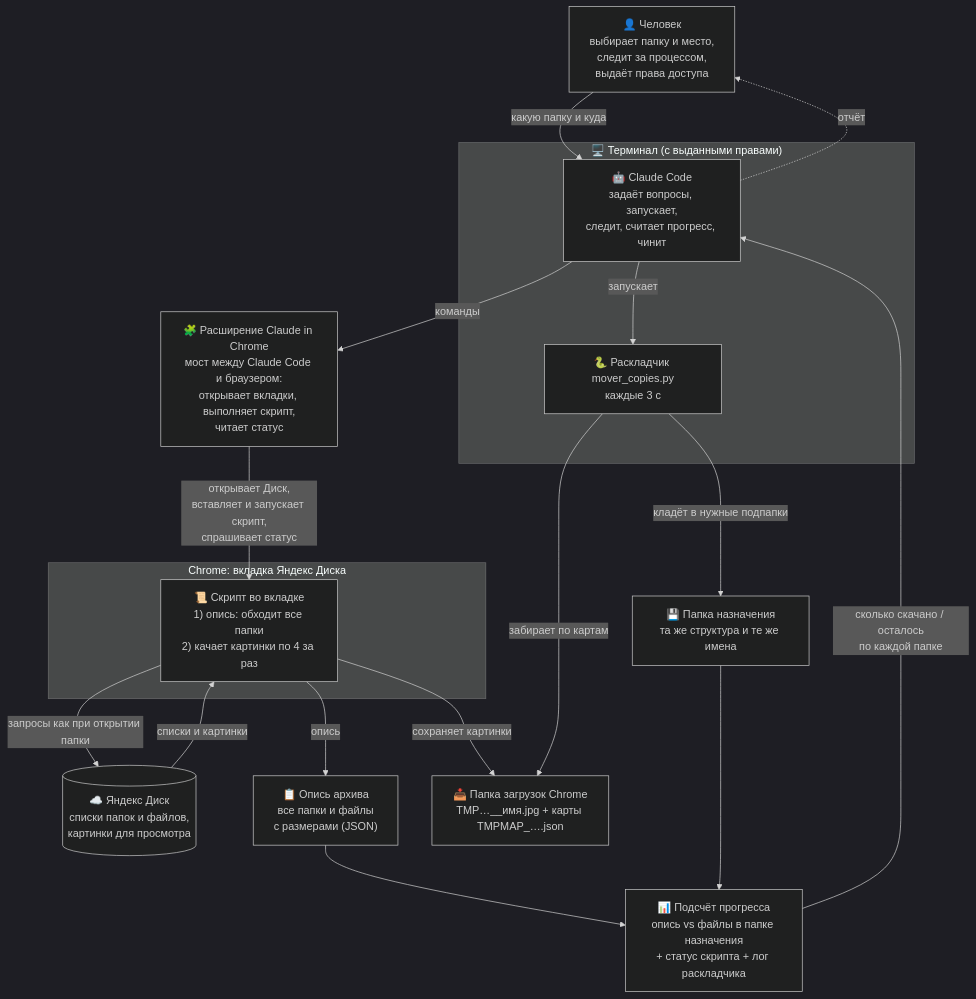
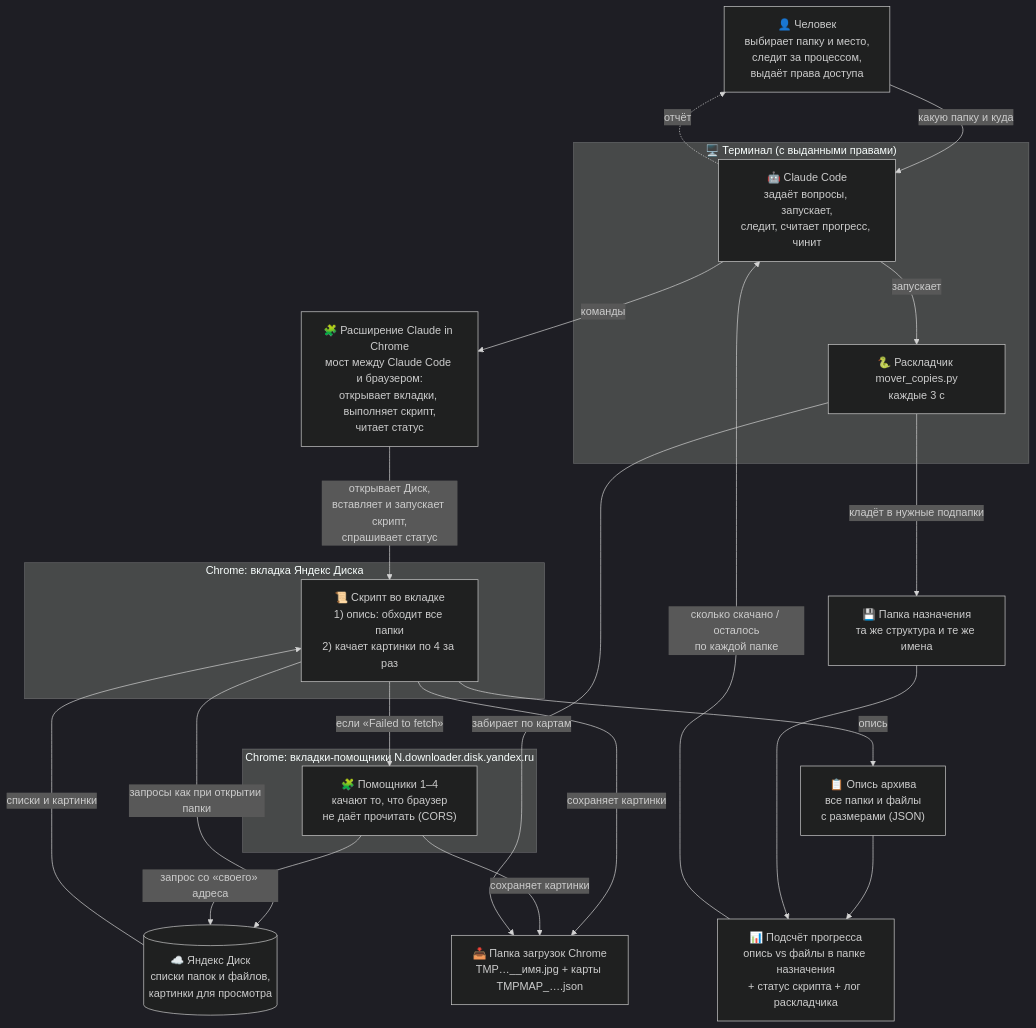
Before and after one commit to kochenevsky/yandex-disk-export: the diagram in README.md, drawn with Mermaid (dark theme). The commit also changed other lines of this file and 4 other files, not shown here.

Commit message:
Helper tabs: bypass CORS via N.downloader origin (helper_tab.js, helperButtons, docs, diagram)

````diff
--- a/README.md
+++ b/README.md
@@ -33,32 +33,38 @@
 ```mermaid
 flowchart TD
     U["👤 Человек<br/>выбирает папку и место,<br/>следит за процессом,<br/>выдаёт права доступа"]
     subgraph T["🖥️ Терминал (с выданными правами)"]
         C["🤖 Claude Code<br/>задаёт вопросы, запускает,<br/>следит, считает прогресс, чинит"]
         M["🐍 Раскладчик mover_copies.py<br/>каждые 3 с"]
     end
     E["🧩 Расширение Claude in Chrome<br/>мост между Claude Code и браузером:<br/>открывает вкладки, выполняет скрипт,<br/>читает статус"]
     subgraph CH["Chrome: вкладка Яндекс Диска"]
         S["📜 Скрипт во вкладке<br/>1) опись: обходит все папки<br/>2) качает картинки по 4 за раз"]
+    end
+    subgraph HP["Chrome: вкладки-помощники N.downloader.disk.yandex.ru"]
+        H["🧩 Помощники 1–4<br/>качают то, что браузер<br/>не даёт прочитать (CORS)"]
     end
     Y[("☁️ Яндекс Диск<br/>списки папок и файлов,<br/>картинки для просмотра")]
     MF["📋 Опись архива<br/>все папки и файлы<br/>с размерами (JSON)"]
     IN["📥 Папка загрузок Chrome<br/>TMP…__имя.jpg + карты TMPMAP_….json"]
     D["💾 Папка назначения<br/>та же структура и те же имена"]
     P["📊 Подсчёт прогресса<br/>опись vs файлы в папке назначения<br/>+ статус скрипта + лог раскладчика"]
 
     U -- "какую папку и куда" --> C
     C -- "команды" --> E
     E -- "открывает Диск,<br/>вставляет и запускает скрипт,<br/>спрашивает статус" --> S
     S -- "запросы как при открытии папки" --> Y
     Y -- "списки и картинки" --> S
     S -- "опись" --> MF
     S -- "сохраняет картинки" --> IN
+    S -- "если «Failed to fetch»" --> H
+    H -- "запрос со «своего» адреса" --> Y
+    H -- "сохраняет картинки" --> IN
     C -- "запускает" --> M
     M -- "забирает по картам" --> IN
     M -- "кладёт в нужные подпапки" --> D
     MF --> P
     D --> P
     P -- "сколько скачано / осталось<br/>по каждой папке" --> C
     C -. "отчёт" .-> U
 ```
````
